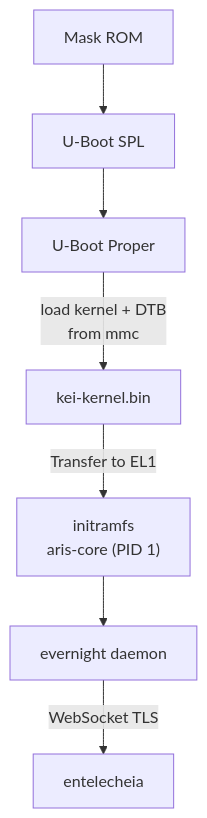
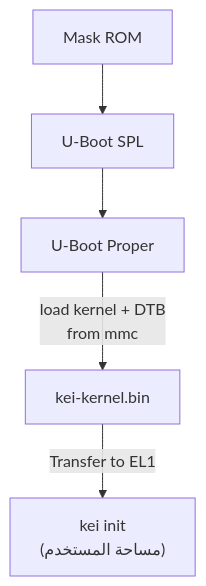
The fourth of 4 diagrams in docs/ar/guides/deployment.md (langyo/kei), drawn with Mermaid before and after one commit. The commit also changed other lines of this file and 1283 other files, not shown here.

````diff
--- a/docs/ar/guides/deployment.md
+++ b/docs/ar/guides/deployment.md
@@ -171,9 +165,7 @@
 ```mermaid
 flowchart TB
     ROM["Mask ROM"] --> SPL["U-Boot SPL"]
     SPL --> TPL["U-Boot Proper"]
     TPL -->|"load kernel + DTB\nfrom mmc"| KEI["kei-kernel.bin"]
-    KEI -->|"Transfer to EL1"| INIT["initramfs\naris-core (PID 1)"]
-    INIT --> EVN["evernight daemon"]
-    EVN -->|"WebSocket TLS"| ENT["entelecheia"]
+    KEI -->|"Transfer to EL1"| INIT["kei init\n(مساحة المستخدم)"]
 ```
````
